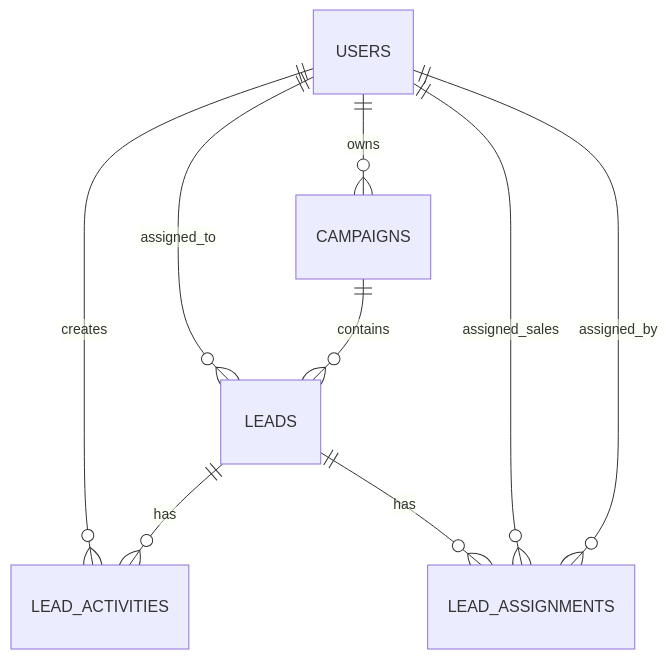
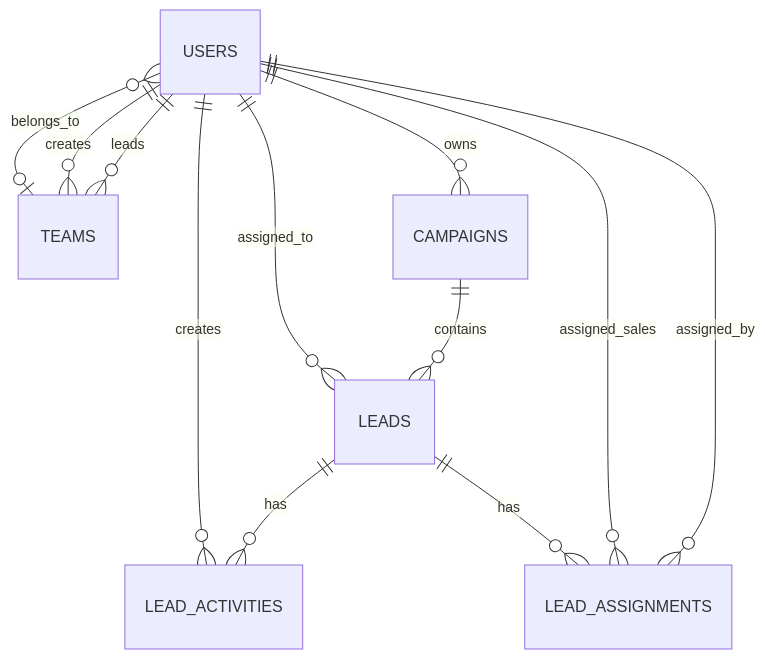
Before and after one commit to nhutmai/mini-crm: the diagram in docs/data/database-schema.md, drawn with Mermaid. The commit also changed other lines of this file and 26 other files, not shown here.

````diff
--- a/docs/data/database-schema.md
+++ b/docs/data/database-schema.md
@@ -135,11 +178,14 @@
 ```mermaid
 erDiagram
+    USERS }o--o| TEAMS : belongs_to
+    USERS ||--o{ TEAMS : creates
+    USERS ||--o{ TEAMS : leads
     USERS ||--o{ CAMPAIGNS : owns
     USERS ||--o{ LEADS : assigned_to
     USERS ||--o{ LEAD_ACTIVITIES : creates
     CAMPAIGNS ||--o{ LEADS : contains
     LEADS ||--o{ LEAD_ACTIVITIES : has
     LEADS ||--o{ LEAD_ASSIGNMENTS : has
     USERS ||--o{ LEAD_ASSIGNMENTS : assigned_sales
     USERS ||--o{ LEAD_ASSIGNMENTS : assigned_by
 ```
````
